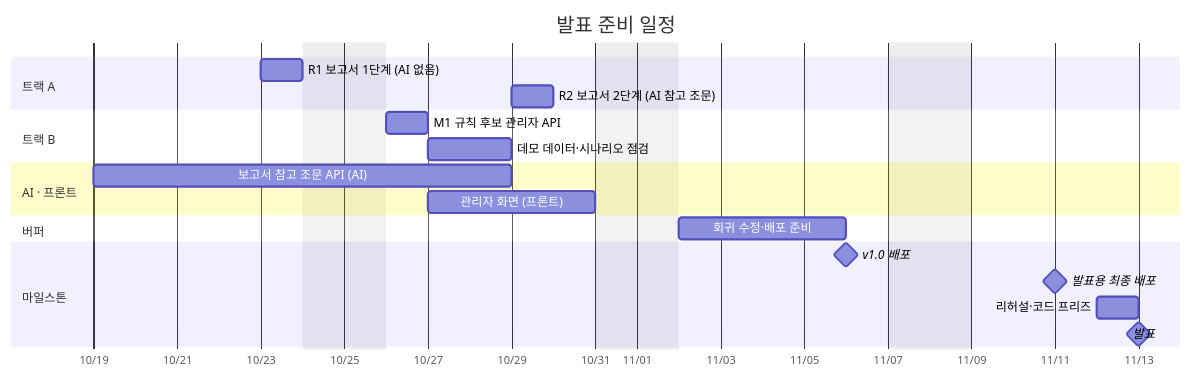
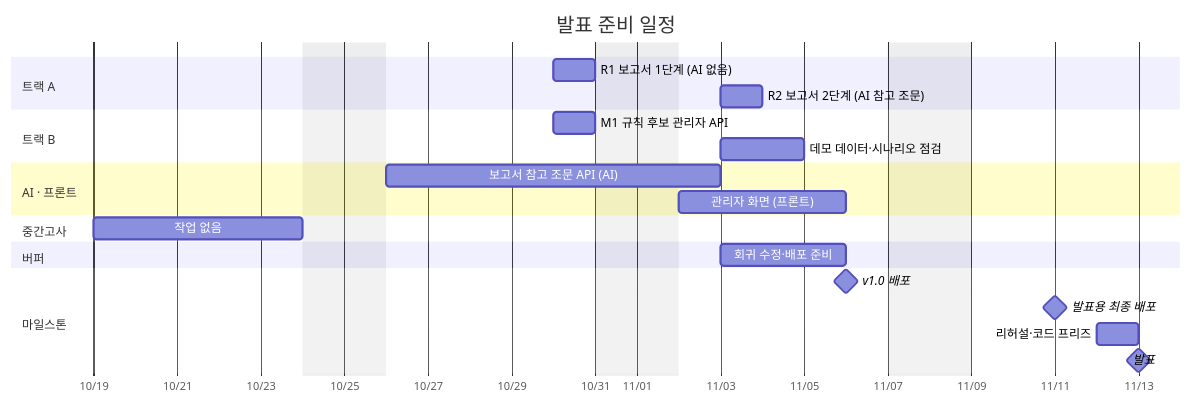
One commit to RainDrop3/ktc4-pusan-4 changed the fourth of 4 diagrams in docs/backend_api_plan.md. Above: the diagram before and after it, drawn with Mermaid. The commit also changed other lines of this file, not shown here.

Commit message:
docs: 중간고사(10/19~10/23) 기간을 비우고 3주차 이후 일정을 한 주 미룬다

````diff
--- a/docs/backend_api_plan.md
+++ b/docs/backend_api_plan.md
@@ -292,28 +296,31 @@
 ```mermaid
 gantt
     title 발표 준비 일정
     dateFormat YYYY-MM-DD
     axisFormat %m/%d
     excludes weekends
 
     section 트랙 A
-    R1 보고서 1단계 (AI 없음)      :r1, 2026-10-23, 1d
-    R2 보고서 2단계 (AI 참고 조문) :r2, 2026-10-29, 1d
+    R1 보고서 1단계 (AI 없음)      :r1, 2026-10-30, 1d
+    R2 보고서 2단계 (AI 참고 조문) :r2, 2026-11-03, 1d
 
     section 트랙 B
-    M1 규칙 후보 관리자 API        :m1, 2026-10-26, 1d
-    데모 데이터·시나리오 점검      :demo, 2026-10-27, 2d
+    M1 규칙 후보 관리자 API        :m1, 2026-10-30, 1d
+    데모 데이터·시나리오 점검      :demo, 2026-11-03, 2d
 
     section AI · 프론트
-    보고서 참고 조문 API (AI)      :ai1, 2026-10-19, 2026-10-29
-    관리자 화면 (프론트)           :fe1, 2026-10-27, 4d
+    보고서 참고 조문 API (AI)      :ai1, 2026-10-26, 2026-11-03
+    관리자 화면 (프론트)           :fe1, 2026-11-02, 4d
+
+    section 중간고사
+    작업 없음                      :exam, 2026-10-19, 2026-10-24
 
     section 버퍼
-    회귀 수정·배포 준비            :buf, 2026-11-02, 4d
+    회귀 수정·배포 준비            :buf, 2026-11-03, 3d
 
     section 마일스톤
     v1.0 배포                      :milestone, rel, 2026-11-06, 0d
     발표용 최종 배포               :milestone, fin, 2026-11-11, 0d
     리허설·코드 프리즈             :freeze, 2026-11-12, 1d
     발표                           :milestone, pres, 2026-11-13, 0d
 ```
````
